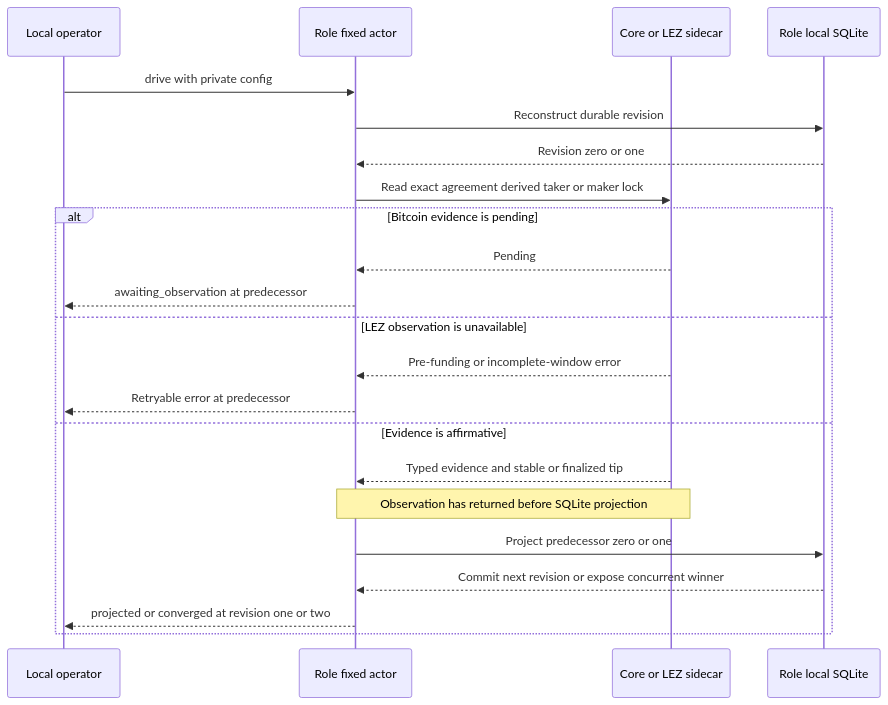
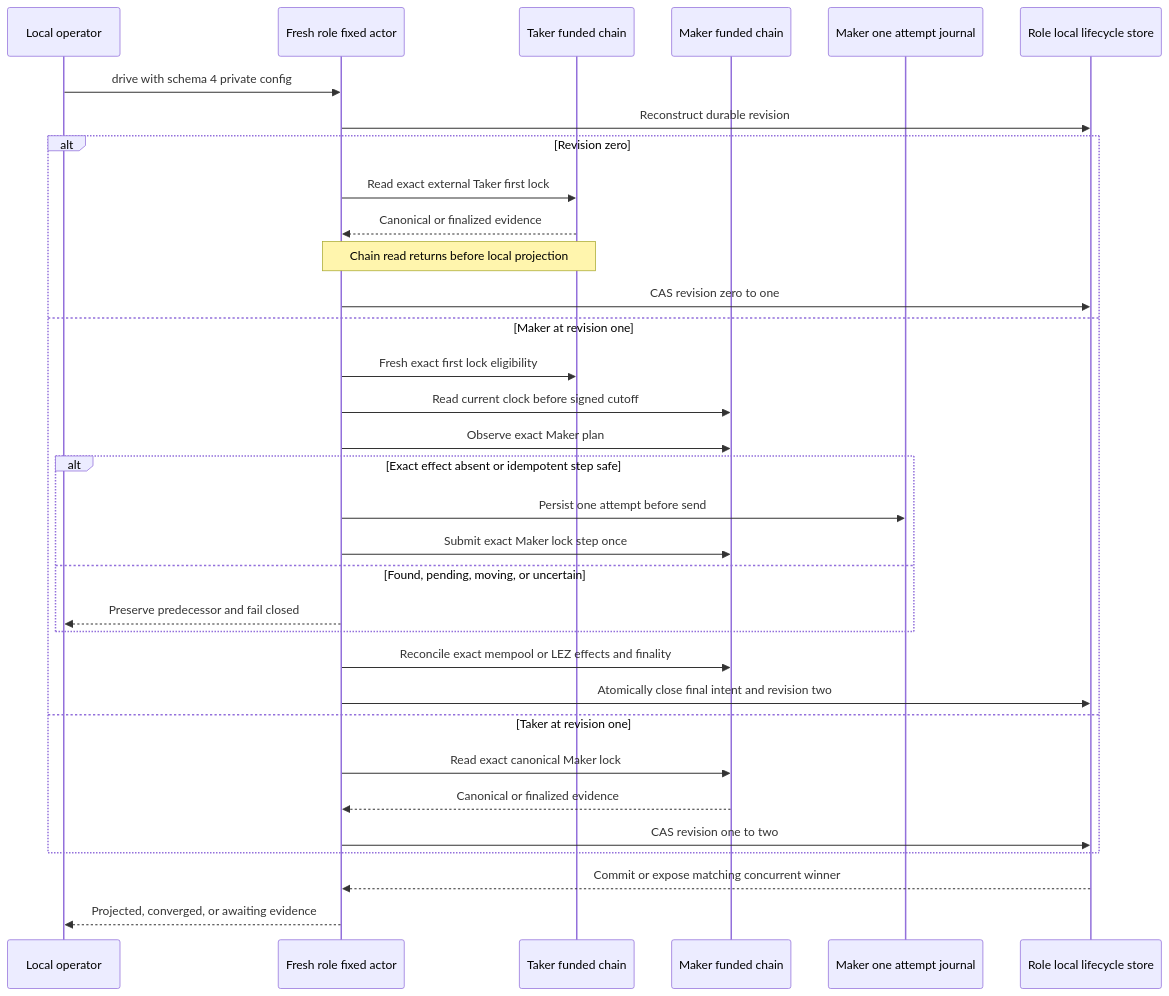
Before and after one commit to gateway-fm/lez-atomic-swaps: the first of 2 diagrams in docs/architecture/0031-one-shot-btc-actor-observe-before-project.md, drawn with Mermaid. The commit also changed other lines of this file and 5 other files, not shown here.

Commit message:
docs: reconcile M3 schema4 architecture decisions

````diff
--- a/docs/architecture/0031-one-shot-btc-actor-observe-before-project.md
+++ b/docs/architecture/0031-one-shot-btc-actor-observe-before-project.md
@@ -128,24 +138,35 @@
 ```mermaid
 sequenceDiagram
     participant O as Local operator
-    participant A as Role fixed actor
-    participant C as Core or LEZ sidecar
-    participant S as Role local SQLite
-    O->>A: drive with private config
+    participant A as Fresh role fixed actor
+    participant F as Taker funded chain
+    participant M as Maker funded chain
+    participant J as Maker one attempt journal
+    participant S as Role local lifecycle store
+    O->>A: drive with schema 4 private config
     A->>S: Reconstruct durable revision
-    S-->>A: Revision zero or one
-    A->>C: Read exact agreement derived taker or maker lock
-    alt Bitcoin evidence is pending
-        C-->>A: Pending
-        A-->>O: awaiting_observation at predecessor
-    else LEZ observation is unavailable
-        C-->>A: Pre-funding or incomplete-window error
-        A-->>O: Retryable error at predecessor
-    else Evidence is affirmative
-        C-->>A: Typed evidence and stable or finalized tip
-        Note over A,C: Observation has returned before SQLite projection
-        A->>S: Project predecessor zero or one
-        S-->>A: Commit next revision or expose concurrent winner
-        A-->>O: projected or converged at revision one or two
+    alt Revision zero
+        A->>F: Read exact external Taker first lock
+        F-->>A: Canonical or finalized evidence
+        Note over A,F: Chain read returns before local projection
+        A->>S: CAS revision zero to one
+    else Maker at revision one
+        A->>F: Fresh exact first lock eligibility
+        A->>M: Read current clock before signed cutoff
+        A->>M: Observe exact Maker plan
+        alt Exact effect absent or idempotent step safe
+            A->>J: Persist one attempt before send
+            A->>M: Submit exact Maker lock step once
+        else Found, pending, moving, or uncertain
+            A-->>O: Preserve predecessor and fail closed
+        end
+        A->>M: Reconcile exact mempool or LEZ effects and finality
+        A->>S: Atomically close final intent and revision two
+    else Taker at revision one
+        A->>M: Read exact canonical Maker lock
+        M-->>A: Canonical or finalized evidence
+        A->>S: CAS revision one to two
     end
+    S-->>A: Commit or expose matching concurrent winner
+    A-->>O: Projected, converged, or awaiting evidence
 ```
````
